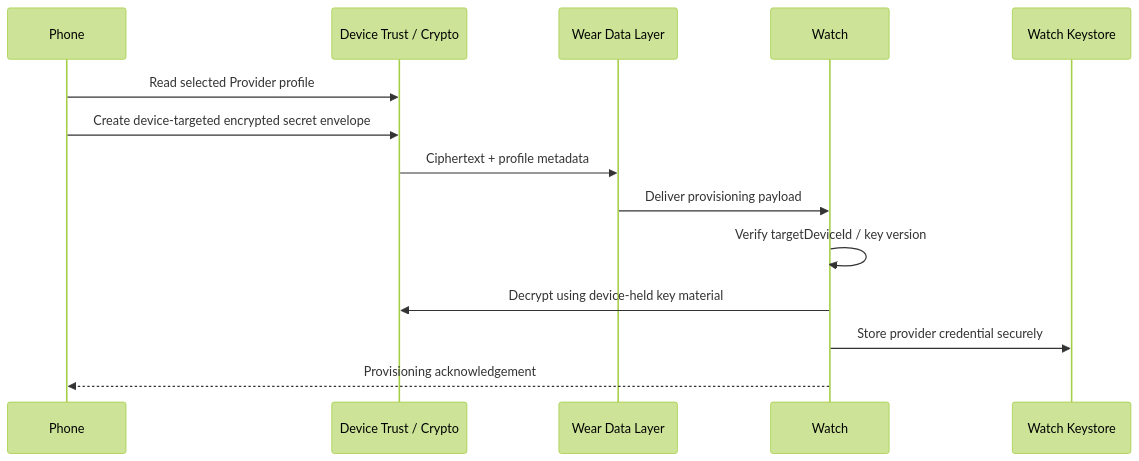
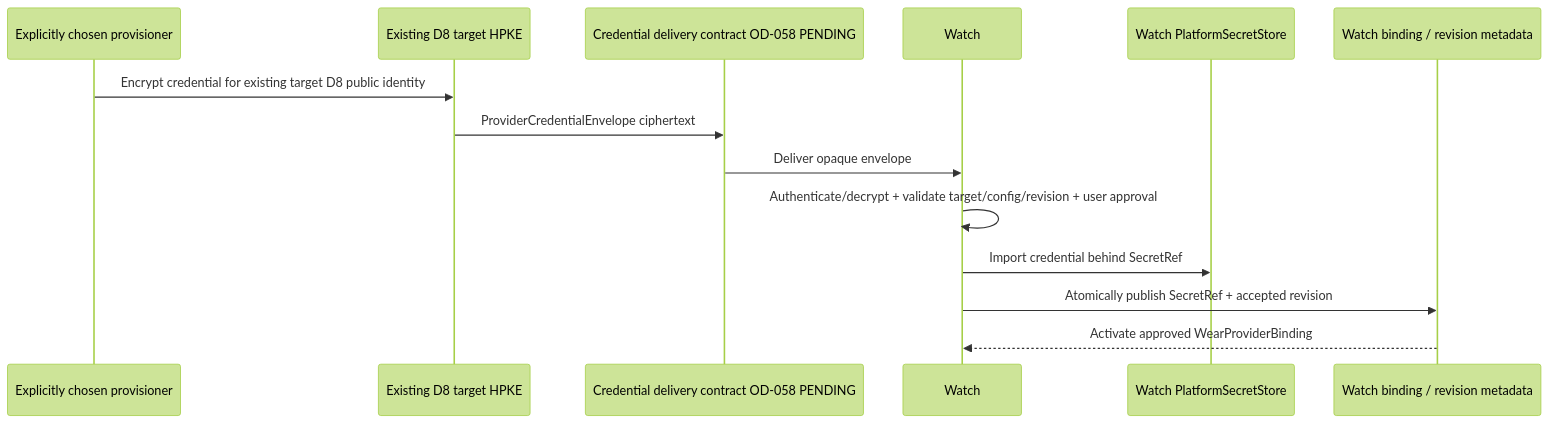
Before and after one commit to fangbm/agentic-scheduler: diagram 13 of 19 in docs/ARCHITECTURE_DIAGRAMS.md, drawn with Mermaid (forest theme). The commit also changed other lines of this file and 22 other files, not shown here.

Commit message:
docs: propose D9-03 Wear provisioning contract packet

````diff
--- a/docs/ARCHITECTURE_DIAGRAMS.md
+++ b/docs/ARCHITECTURE_DIAGRAMS.md
@@ -635,17 +633,17 @@
 ```mermaid
 sequenceDiagram
-    participant Phone
-    participant Trust as Device Trust / Crypto
-    participant DL as Wear Data Layer
+    participant Source as Explicitly chosen provisioner
+    participant Crypto as Existing D8 target HPKE
+    participant Delivery as Credential delivery contract OD-058 PENDING
     participant Watch
-    participant KS as Watch Keystore
+    participant KS as Watch PlatformSecretStore
+    participant Metadata as Watch binding / revision metadata
 
-    Phone->>Trust: Read selected Provider profile
-    Phone->>Trust: Create device-targeted encrypted secret envelope
-    Trust->>DL: Ciphertext + profile metadata
-    DL->>Watch: Deliver provisioning payload
-    Watch->>Watch: Verify targetDeviceId / key version
-    Watch->>Trust: Decrypt using device-held key material
-    Watch->>KS: Store provider credential securely
-    Watch-->>Phone: Provisioning acknowledgement
+    Source->>Crypto: Encrypt credential for existing target D8 public identity
+    Crypto->>Delivery: ProviderCredentialEnvelope ciphertext
+    Delivery->>Watch: Deliver opaque envelope
+    Watch->>Watch: Authenticate/decrypt + validate target/config/revision + user approval
+    Watch->>KS: Import credential behind SecretRef
+    Watch->>Metadata: Atomically publish SecretRef + accepted revision
+    Metadata-->>Watch: Activate approved WearProviderBinding
 ```
````
